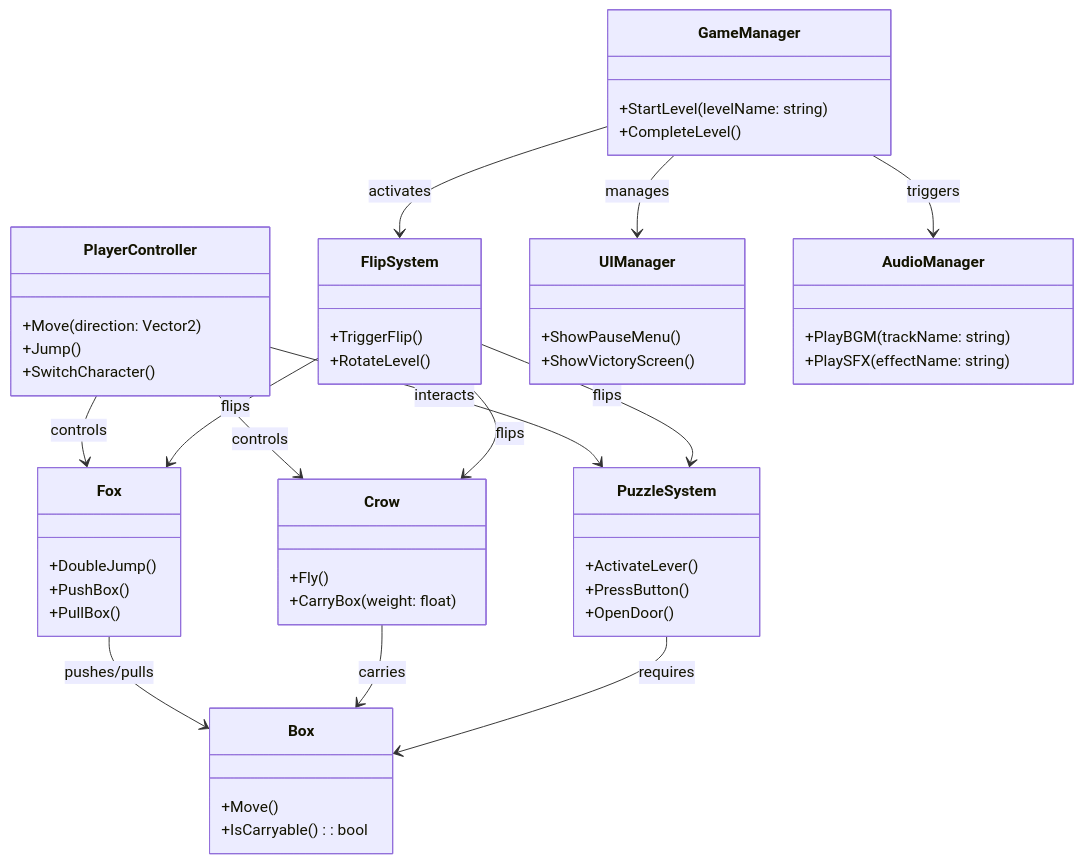
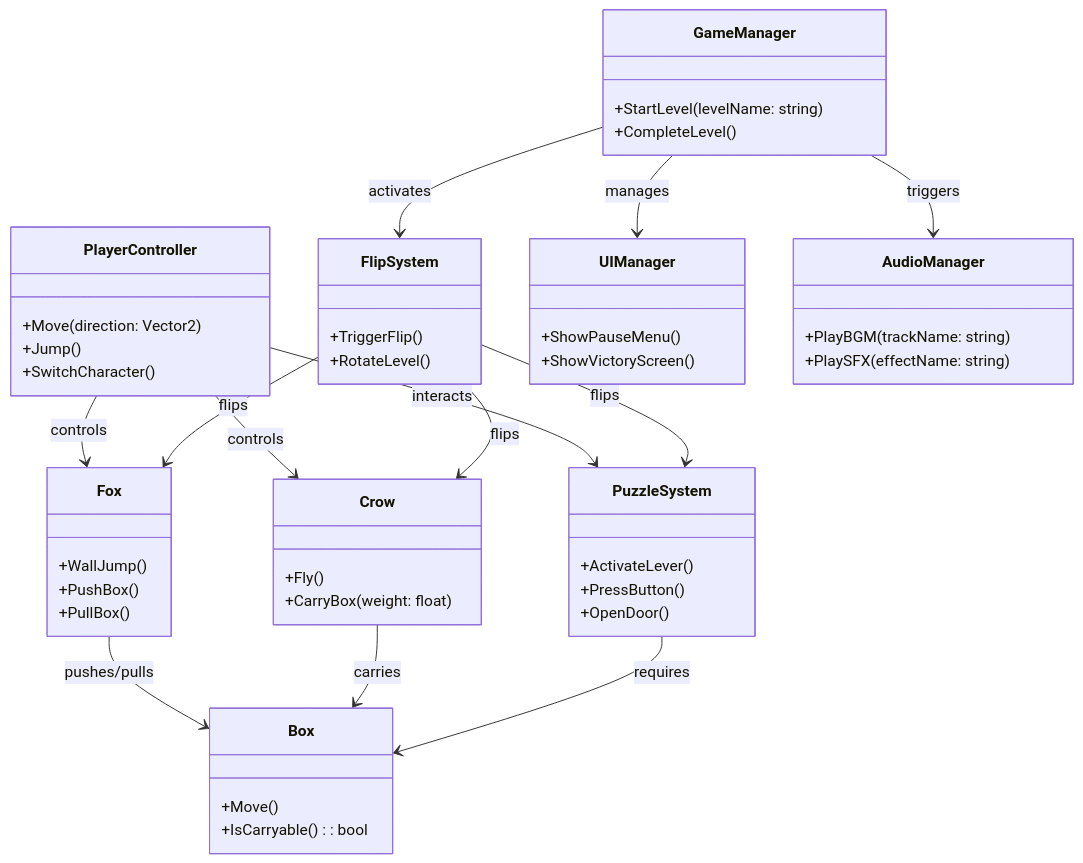
One commit to Justsomeguy241/Out-of-the-box changed the fourth of 4 diagrams in README.md. Above: the diagram before and after it, drawn with Mermaid. The commit also changed other lines of this file, not shown here.

````diff
--- a/README.md
+++ b/README.md
@@ -181,68 +181,68 @@
 ```mermaid
 classDiagram
     %% --- Core Gameplay ---
     class PlayerController {
         +Move(direction: Vector2)
         +Jump()
         +SwitchCharacter()
     }
 
     class Fox {
-        +DoubleJump()
+        +WallJump()
         +PushBox()
         +PullBox()
     }
 
     class Crow {
         +Fly()
         +CarryBox(weight: float)
     }
 
     class PuzzleSystem {
         +ActivateLever()
         +PressButton()
         +OpenDoor()
     }
 
     class Box {
         +Move()
         +IsCarryable(): bool
     }
 
     class FlipSystem {
         +TriggerFlip()
         +RotateLevel()
     }
 
     %% --- Game Flow & UI ---
     class GameManager {
         +StartLevel(levelName: string)
         +CompleteLevel()
     }
 
     class UIManager {
         +ShowPauseMenu()
         +ShowVictoryScreen()
     }
 
     class AudioManager {
         +PlayBGM(trackName: string)
         +PlaySFX(effectName: string)
     }
 
     %% --- Relations ---
     PlayerController --> Fox : controls
     PlayerController --> Crow : controls
     PlayerController --> PuzzleSystem : interacts
     Fox --> Box : pushes/pulls
     Crow --> Box : carries
     PuzzleSystem --> Box : requires
     FlipSystem --> PuzzleSystem : flips
     FlipSystem --> Fox : flips
     FlipSystem --> Crow : flips
     GameManager --> UIManager : manages
     GameManager --> AudioManager : triggers
     GameManager --> FlipSystem : activates
 
 
 ```
````
